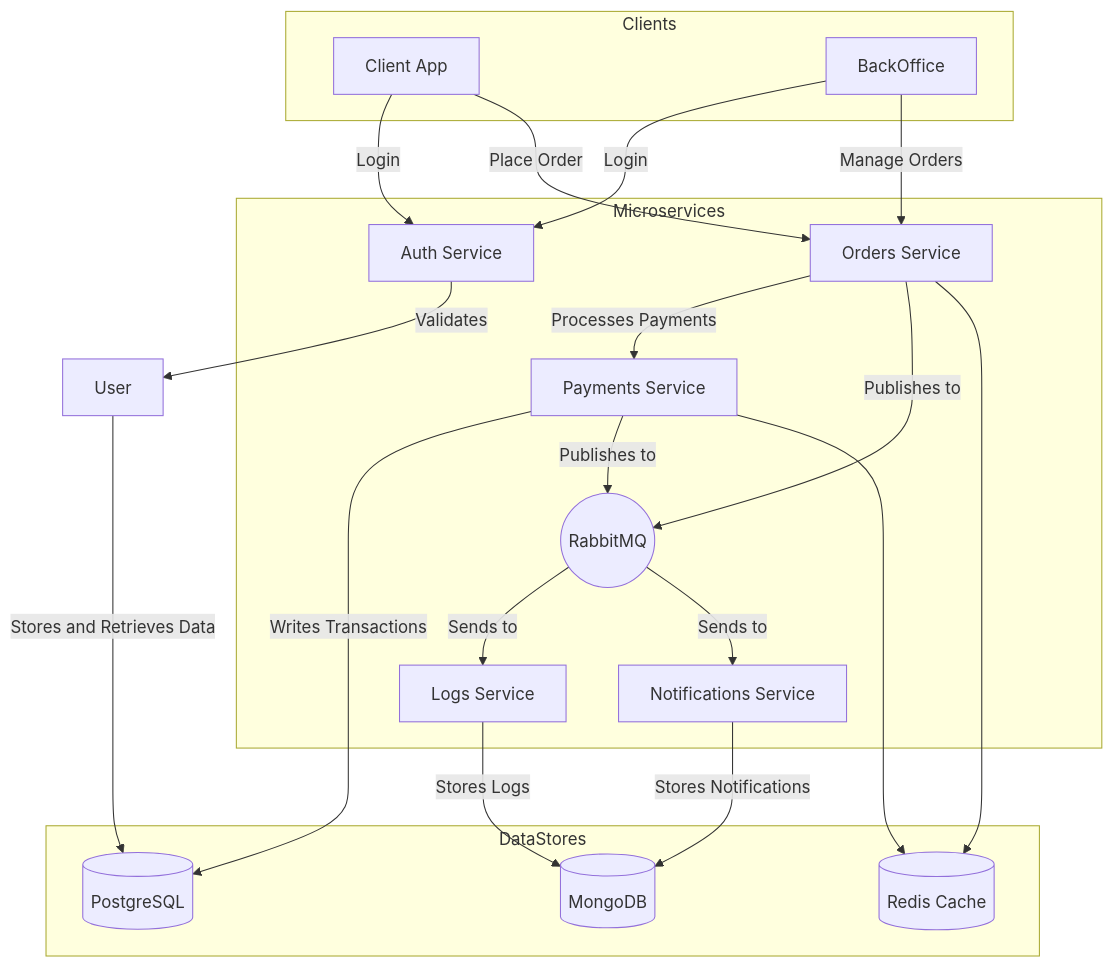
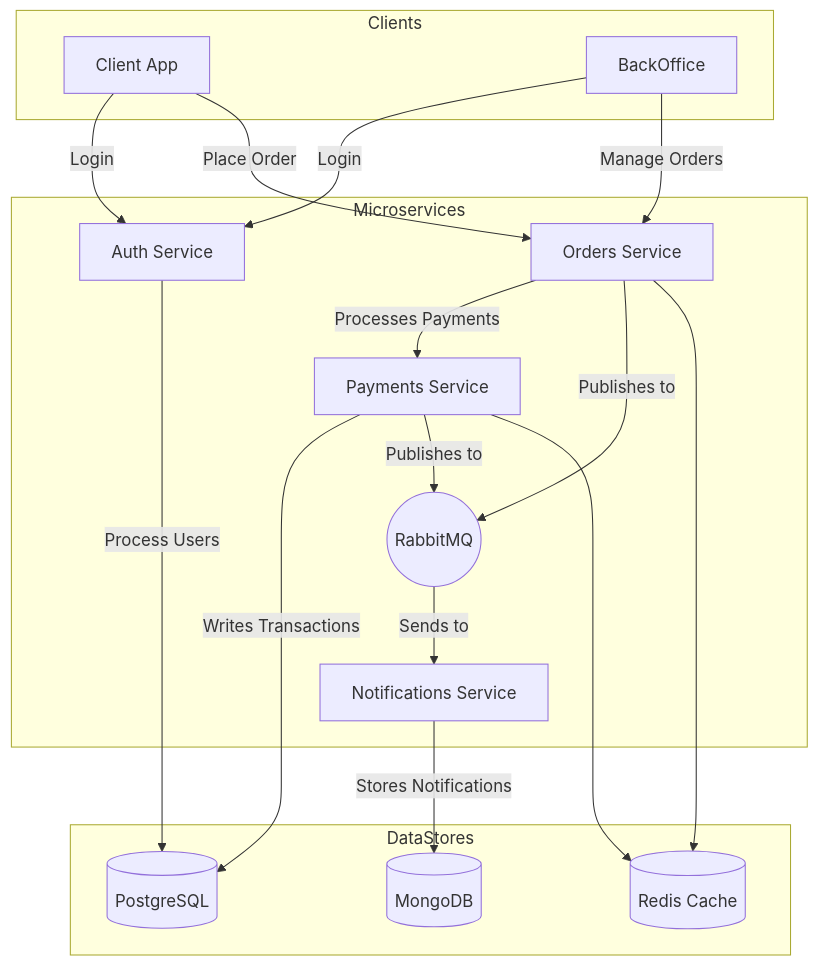
Before and after one commit to PepeCodeHub/E-commerce: the diagram in README.md, drawn with Mermaid.

````diff
--- a/README.md
+++ b/README.md
@@ -4,58 +4,54 @@
 ```mermaid
 graph TD
     %% Clients
     subgraph Clients
         A[Client App]
         B[BackOffice]
     end
     
     %% Microservices (Core and Event-Driven)
     subgraph Microservices
         %% Core Services
         Auth[Auth Service]
         Orders[Orders Service]
         Payments[Payments Service]
         
         %% Event-Driven Services
-        Logs[Logs Service]
         Notifications[Notifications Service]
         
         %% RabbitMQ
         RabbitMQ((RabbitMQ))
     end
     
     %% Data Stores
     subgraph DataStores
         DB[(PostgreSQL)]
         Redis[(Redis Cache)]
         Mongo[(MongoDB)]
     end
     
     %% Client interactions
     A -->|Login| Auth
     B -->|Login| Auth
     A -->|Place Order| Orders
     B -->|Manage Orders| Orders
     
     %% Core Services interactions
-    Auth -->|Validates| User
+    Auth -->|Process Users| DB
     Orders -->|Processes Payments| Payments
     Payments -->|Writes Transactions| DB
-    User -->|Stores and Retrieves Data| DB
     
     %% RabbitMQ event flow (Publishers)
     Orders -->|Publishes to| RabbitMQ
     Payments -->|Publishes to| RabbitMQ
     
     %% RabbitMQ event flow (Subscribers)
-    RabbitMQ -->|Sends to| Logs
     RabbitMQ -->|Sends to| Notifications
     
     %% Event-driven services storing data
-    Logs -->|Stores Logs| Mongo
     Notifications -->|Stores Notifications| Mongo
     
     %% Caching and Data Access
     Orders --> Redis
     Payments --> Redis
 ```
````
